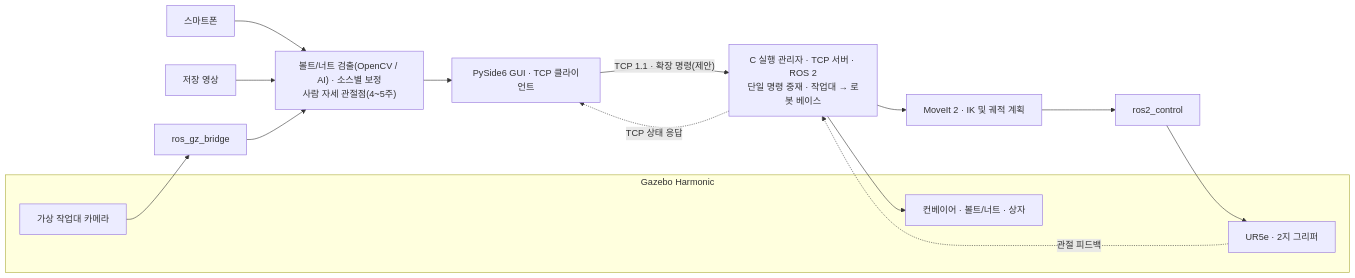
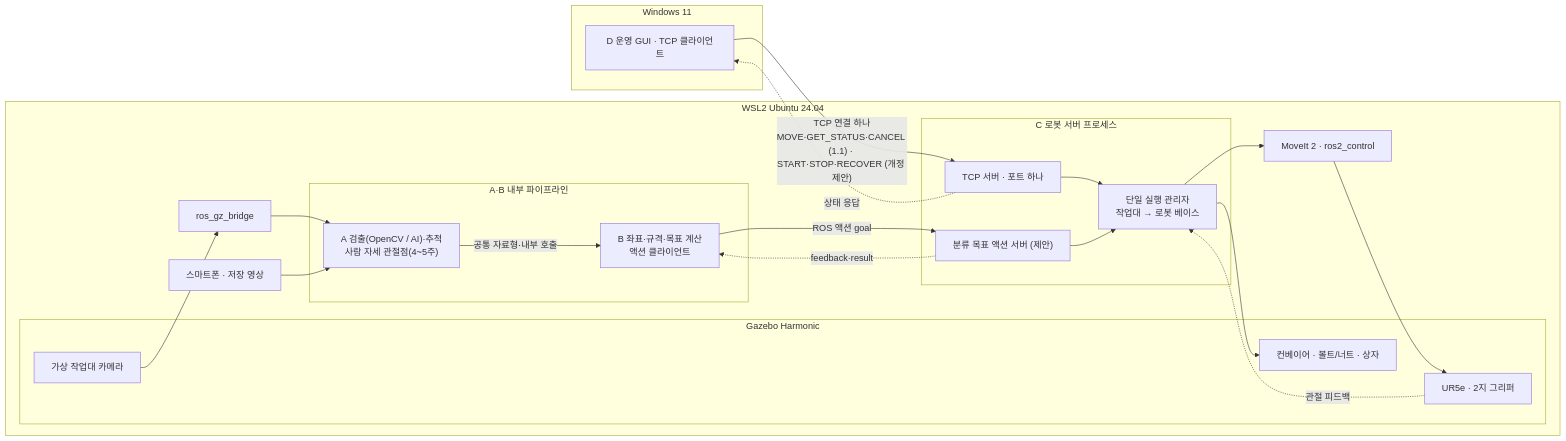
The diagram in README.md (didgustmd23/EyetoArm), drawn with Mermaid before and after one commit. The commit also changed other lines of this file and 16 other files, not shown here.

````diff
--- a/README.md
+++ b/README.md
@@ -36,18 +38,35 @@
 ```mermaid
 flowchart LR
-    Phone["스마트폰"] --> Vision
-    File["저장 영상"] --> Vision
-    subgraph Sim["Gazebo Harmonic"]
-        Camera["가상 작업대 카메라"]
-        Belt["컨베이어 · 볼트/너트 · 상자"]
-        Arm["UR5e · 2지 그리퍼"]
+    subgraph Win["Windows 11"]
+        Gui["D 운영 GUI · TCP 클라이언트"]
     end
-    Camera --> Bridge["ros_gz_bridge"] --> Vision["볼트/너트 검출(OpenCV / AI) · 소스별 보정<br/>사람 자세 관절점(4~5주)"]
-    Vision --> Gui["PySide6 GUI · TCP 클라이언트"]
-    Gui -->|"TCP 1.1 · 확장 명령(제안)"| Server["C 실행 관리자 · TCP 서버 · ROS 2<br/>단일 명령 중재 · 작업대 → 로봇 베이스"]
-    Server --> MoveIt["MoveIt 2 · IK 및 궤적 계획"]
-    MoveIt --> Control["ros2_control"] --> Arm
-    Server --> Belt
-    Arm -. 관절 피드백 .-> Server
-    Server -. TCP 상태 응답 .-> Gui
+    subgraph WSL["WSL2 Ubuntu 24.04"]
+        Phone["스마트폰 · 저장 영상"]
+        subgraph Pipe["A·B 내부 파이프라인"]
+            A["A 검출(OpenCV / AI)·추적<br/>사람 자세 관절점(4~5주)"]
+            B["B 좌표·규격·목표 계산<br/>액션 클라이언트"]
+            A -->|"공통 자료형·내부 호출"| B
+        end
+        subgraph CProc["C 로봇 서버 프로세스"]
+            Tcp["TCP 서버 · 포트 하나"]
+            Act["분류 목표 액션 서버 (제안)"]
+            Exec["단일 실행 관리자<br/>작업대 → 로봇 베이스"]
+            Tcp --> Exec
+            Act --> Exec
+        end
+        subgraph Sim["Gazebo Harmonic"]
+            Camera["가상 작업대 카메라"]
+            Belt["컨베이어 · 볼트/너트 · 상자"]
+            Arm["UR5e · 2지 그리퍼"]
+        end
+        Camera --> Bridge["ros_gz_bridge"] --> A
+        Phone --> A
+        B -->|"ROS 액션 goal"| Act
+        Act -. "feedback·result" .-> B
+        Exec --> MoveIt["MoveIt 2 · ros2_control"] --> Arm
+        Exec --> Belt
+        Arm -. 관절 피드백 .-> Exec
+    end
+    Gui -->|"TCP 연결 하나<br/>MOVE·GET_STATUS·CANCEL (1.1) · START·STOP·RECOVER (개정 제안)"| Tcp
+    Tcp -. 상태 응답 .-> Gui
 ```
````
